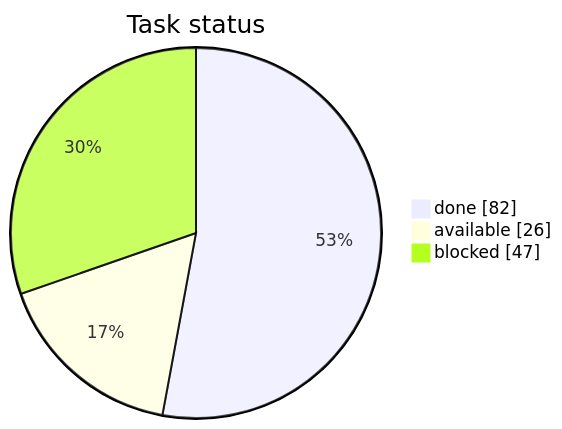
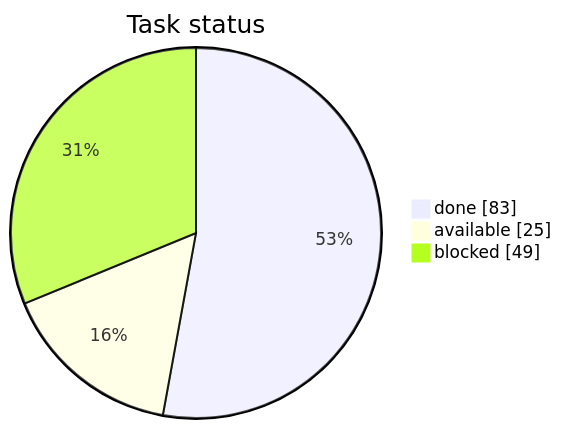
One commit to artemiiShabanov/RallyRivals changed the first of 3 diagrams in STATUS.md. Above: the diagram before and after it, drawn with Mermaid. The commit also changed other lines of this file and 4 other files, not shown here.

````diff
--- a/STATUS.md
+++ b/STATUS.md
@@ -7,7 +7,7 @@
 ```mermaid
 pie showData
     title Task status
-    "done" : 82
-    "available" : 26
-    "blocked" : 47
+    "done" : 83
+    "available" : 25
+    "blocked" : 49
 ```
````
